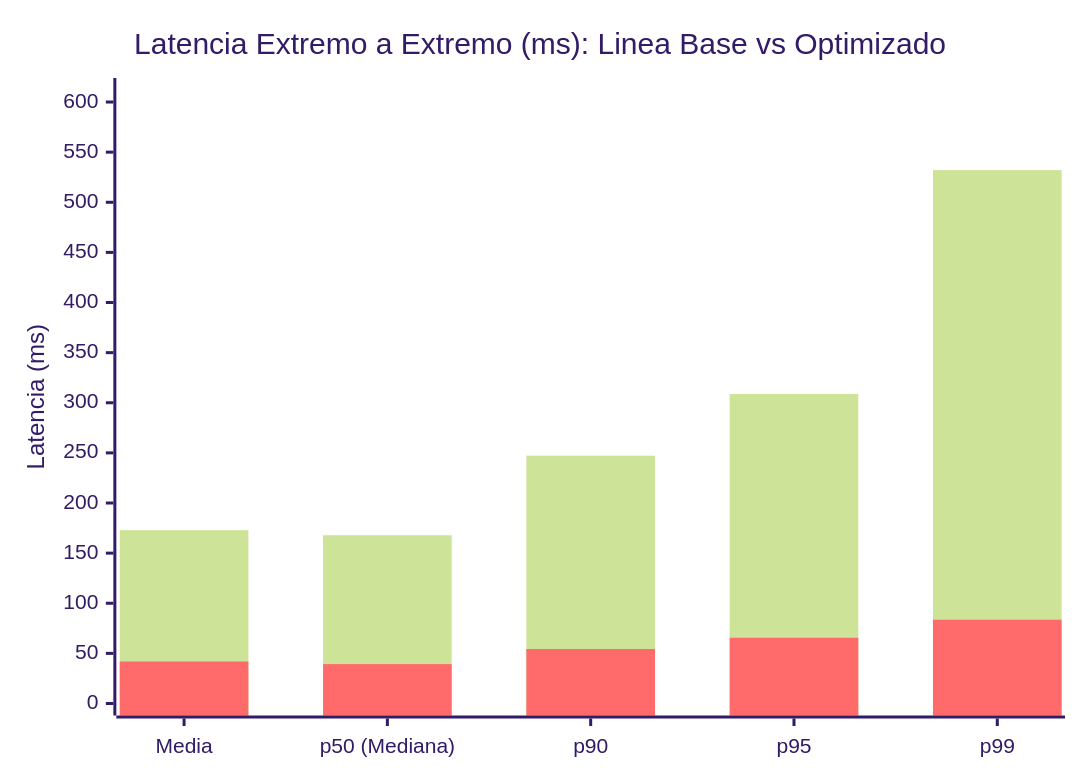
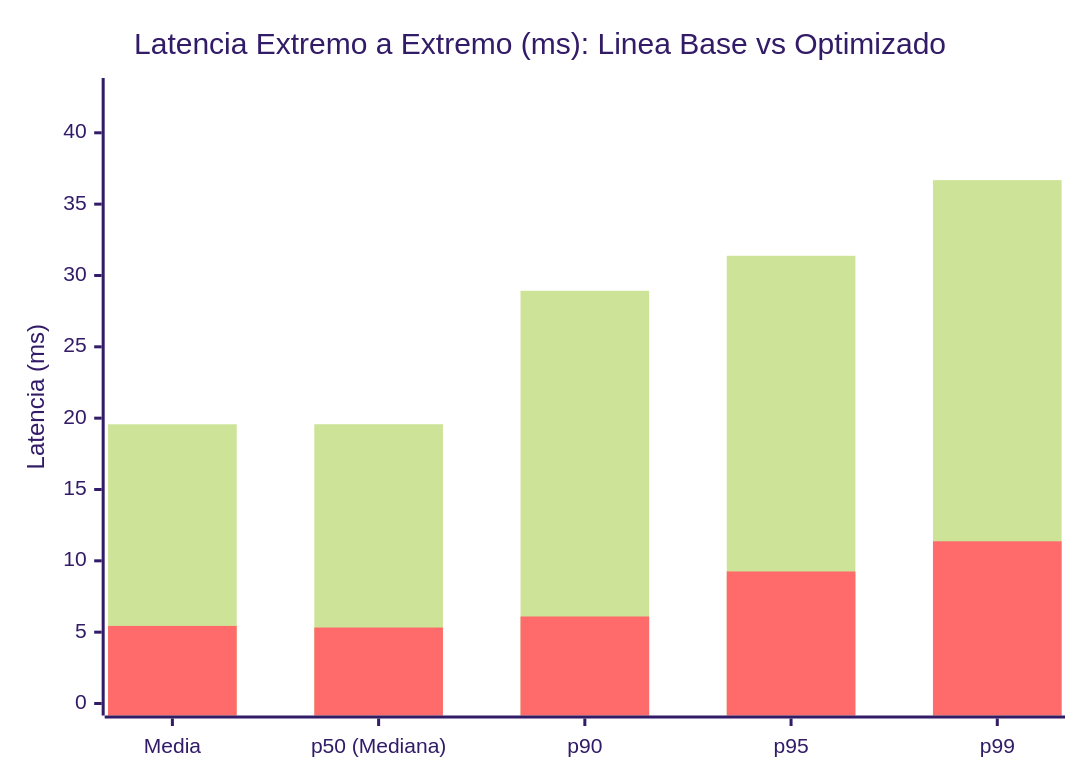
The first of 2 diagrams in hito-12-carga-optimizacion/docs/evidencia/tablas_o_graficos.md (BrianValente/uade-tpo-ingenieria-de-datos-ii-fixture), drawn with Mermaid (forest theme) before and after one commit. The commit also changed other lines of this file and 48 other files, not shown here.

````diff
--- a/hito-12-carga-optimizacion/docs/evidencia/tablas_o_graficos.md
+++ b/hito-12-carga-optimizacion/docs/evidencia/tablas_o_graficos.md
@@ -64,8 +64,8 @@
 ```mermaid
 xychart-beta
     title "Latencia Extremo a Extremo (ms): Linea Base vs Optimizado"
     x-axis ["Media", "p50 (Mediana)", "p90", "p95", "p99"]
-    y-axis "Latencia (ms)" 0 --> 612
-    bar [172.95, 167.838, 247.187, 308.75, 532.104]
-    bar [41.892, 39.298, 54.375, 65.572, 83.586]
+    y-axis "Latencia (ms)" 0 --> 43
+    bar [19.57, 19.573, 28.929, 31.381, 36.682]
+    bar [5.438, 5.325, 6.099, 9.254, 11.368]
 ```
````
